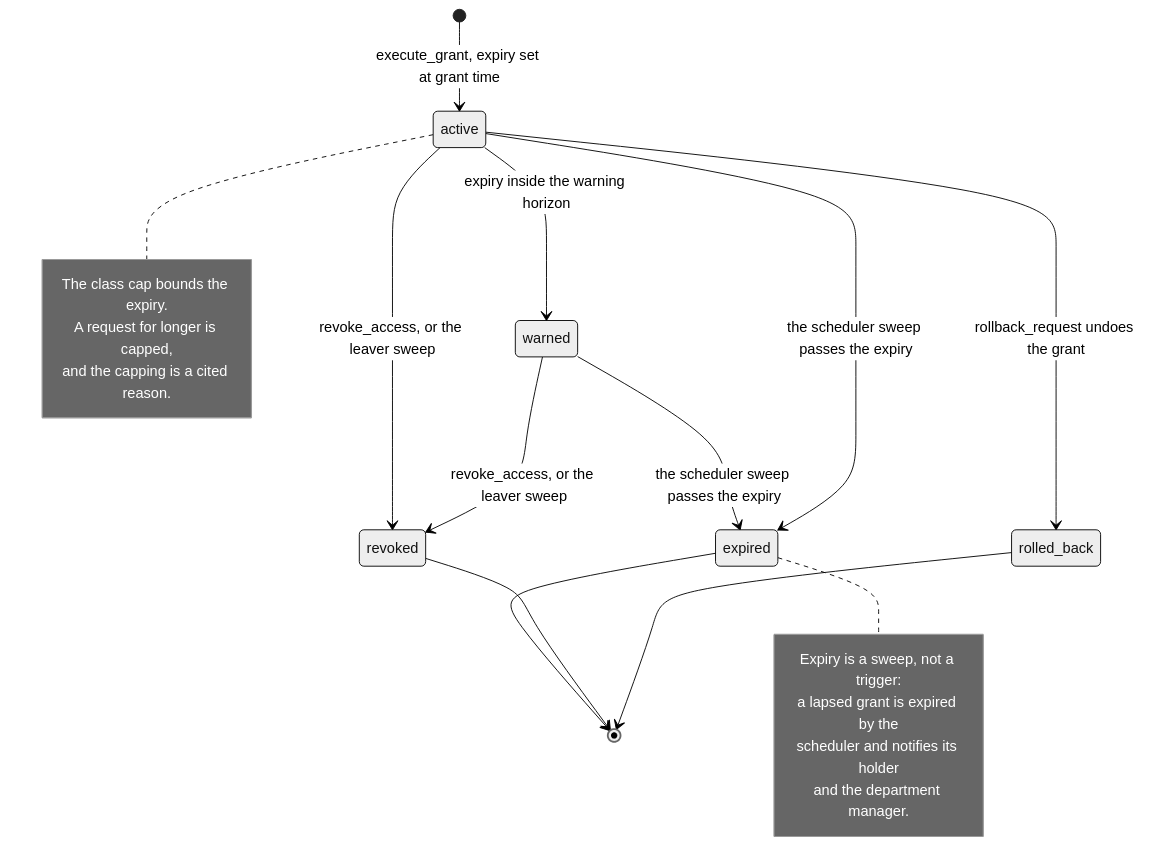
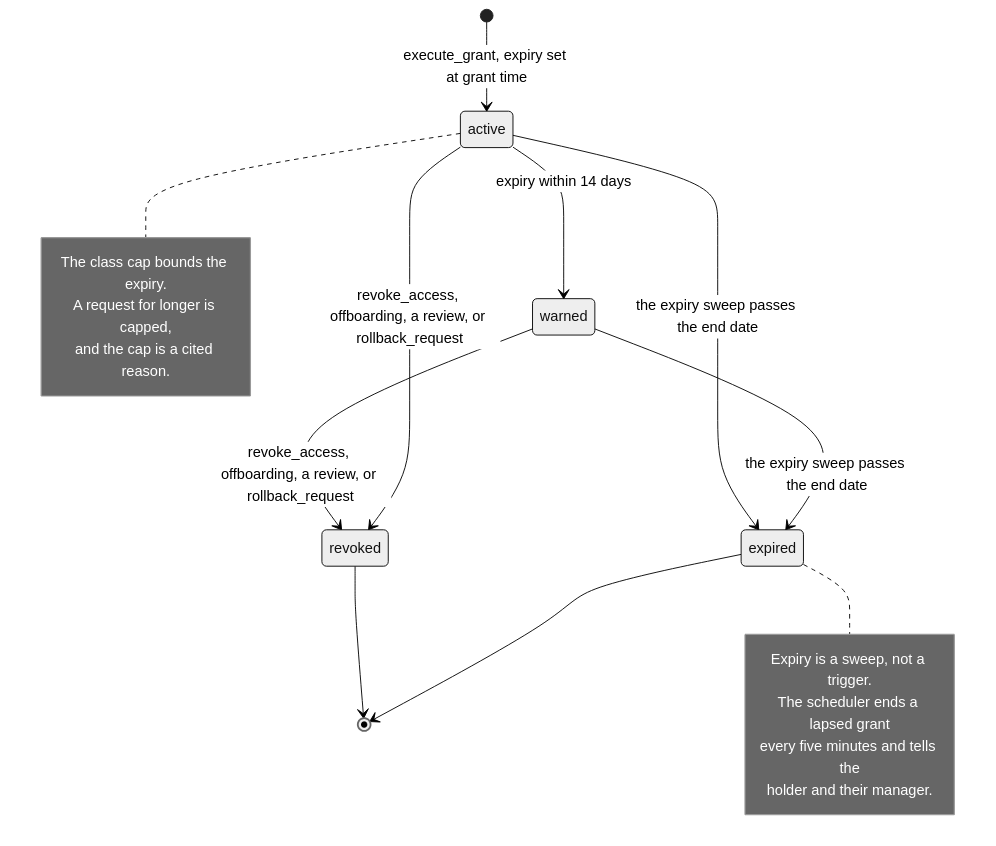
The diagram in docs/diagrams/grant-lifecycle.md (masudur-rahman-musa/helpdesk-agentic-flow), drawn with Mermaid (neutral theme) before and after one commit. The commit also changed other lines of this file and 13 other files, not shown here.

````diff
--- a/docs/diagrams/grant-lifecycle.md
+++ b/docs/diagrams/grant-lifecycle.md
@@ -5,26 +5,24 @@
 ```mermaid
 stateDiagram-v2
     [*] --> active: execute_grant, expiry set at grant time
-    active --> warned: expiry inside the warning horizon
-    warned --> expired: the scheduler sweep passes the expiry
-    active --> expired: the scheduler sweep passes the expiry
-    active --> revoked: revoke_access, or the leaver sweep
-    warned --> revoked: revoke_access, or the leaver sweep
-    active --> rolled_back: rollback_request undoes the grant
+    active --> warned: expiry within 14 days
+    warned --> expired: the expiry sweep passes the end date
+    active --> expired: the expiry sweep passes the end date
+    active --> revoked: revoke_access, offboarding, a review, or rollback_request
+    warned --> revoked: revoke_access, offboarding, a review, or rollback_request
     expired --> [*]
     revoked --> [*]
-    rolled_back --> [*]
 
     note right of active
         The class cap bounds the expiry.
         A request for longer is capped,
-        and the capping is a cited reason.
+        and the cap is a cited reason.
     end note
 
     note right of expired
-        Expiry is a sweep, not a trigger:
-        a lapsed grant is expired by the
-        scheduler and notifies its holder
-        and the department manager.
+        Expiry is a sweep, not a trigger.
+        The scheduler ends a lapsed grant
+        every five minutes and tells the
+        holder and their manager.
     end note
 ```
````
